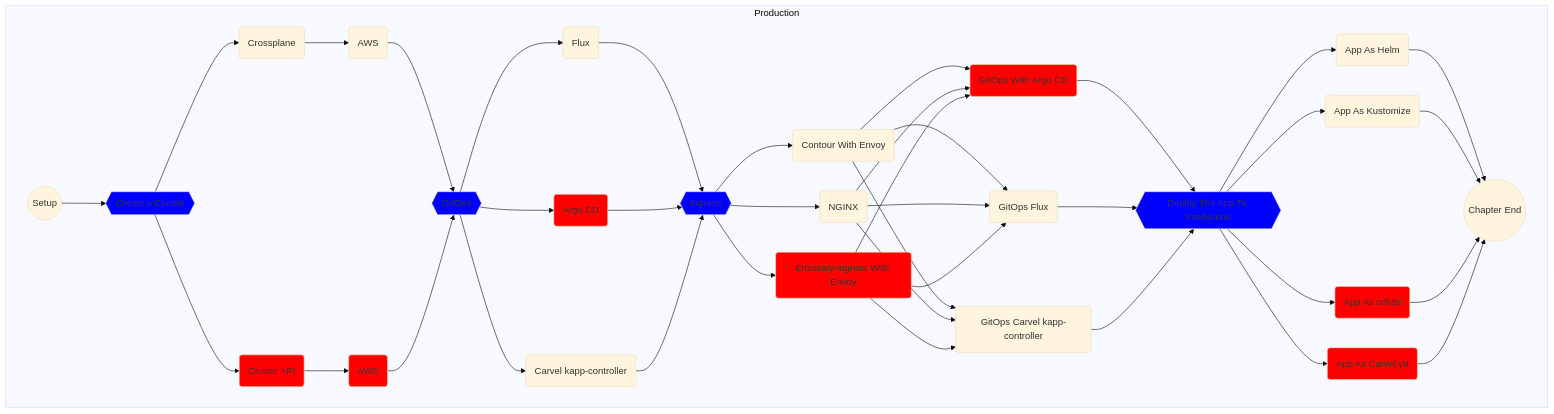
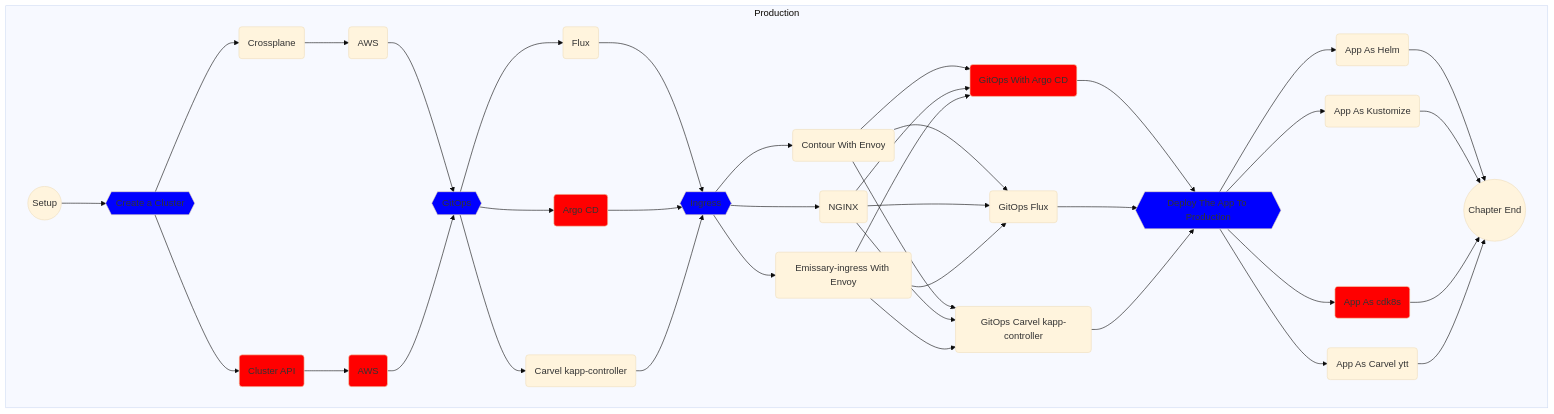
Before and after one commit to vfarcic/cncf-demo: the diagram in manuscript/setup/kubecon.md, drawn with Mermaid (base theme). The commit also changed other lines of this file and 16 other files, not shown here.

```diff
--- a/manuscript/setup/kubecon.md
+++ b/manuscript/setup/kubecon.md
@@ -129,7 +130,6 @@
         click ingress-nginx "https://github.com/vfarcic/cncf-demo/blob/main/manuscript/ingress/nginx.md"
         emissary-ingress(Emissary-ingress With Envoy)
         click ingress-nginx "https://github.com/vfarcic/cncf-demo/blob/main/manuscript/ingress/emissary-ingress.md"
-        style emissary-ingress fill:red
         ingress-argocd(GitOps With Argo CD)
         click ingress-argocd "https://github.com/vfarcic/cncf-demo/blob/main/manuscript/ingress/gitops-argocd.md"
         style ingress-argocd fill:red
@@ -154,7 +154,6 @@
         style app-cdk8s fill:red
         app-carvel(App As Carvel ytt)
         click app-carvel "https://github.com/vfarcic/cncf-demo/blob/main/manuscript/app/carvel.md"
-        style app-carvel fill:red
         app --> app-helm & app-kustomize & app-cdk8s & app-carvel --> prod-done
 
         prod-done((Chapter End))
```
